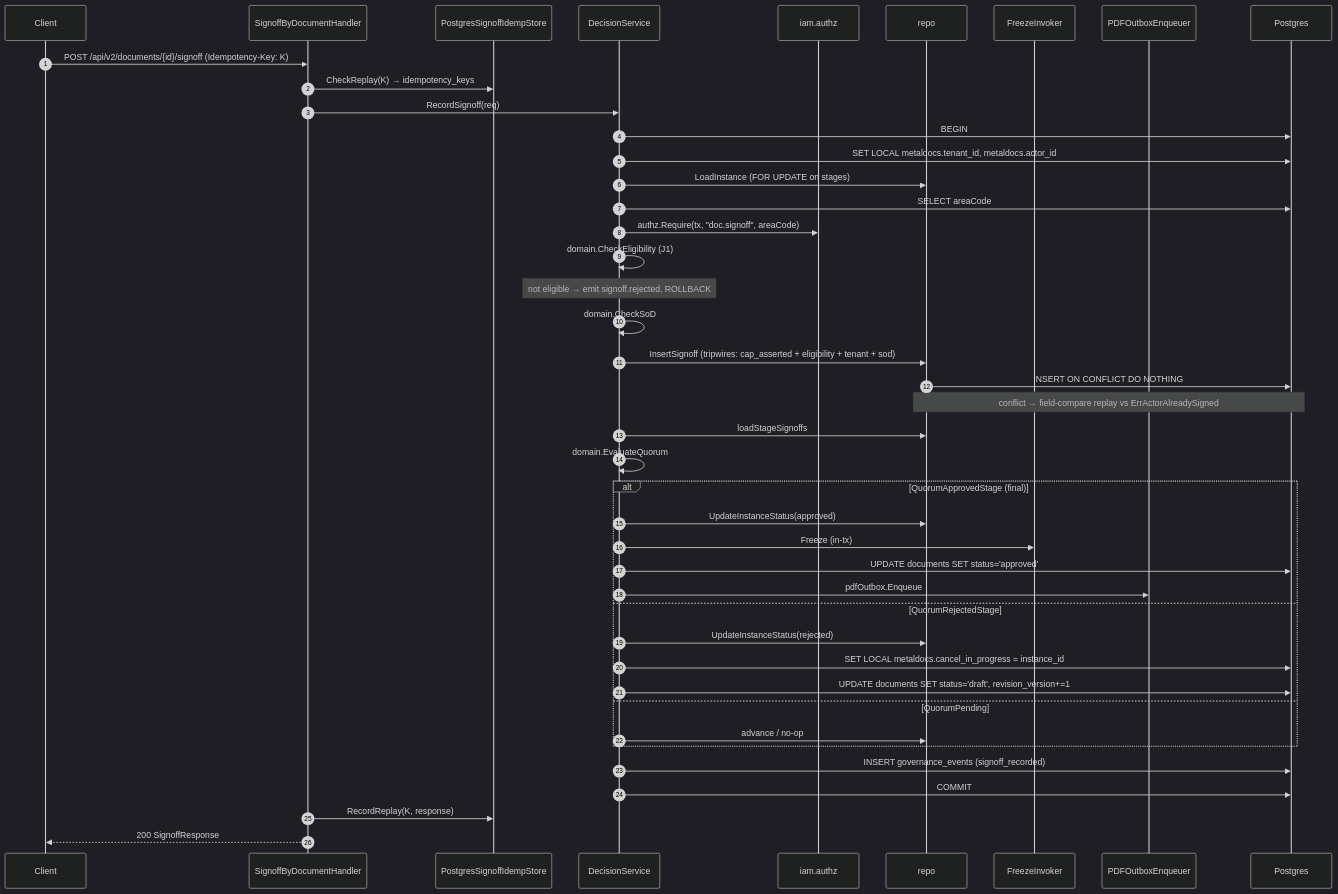
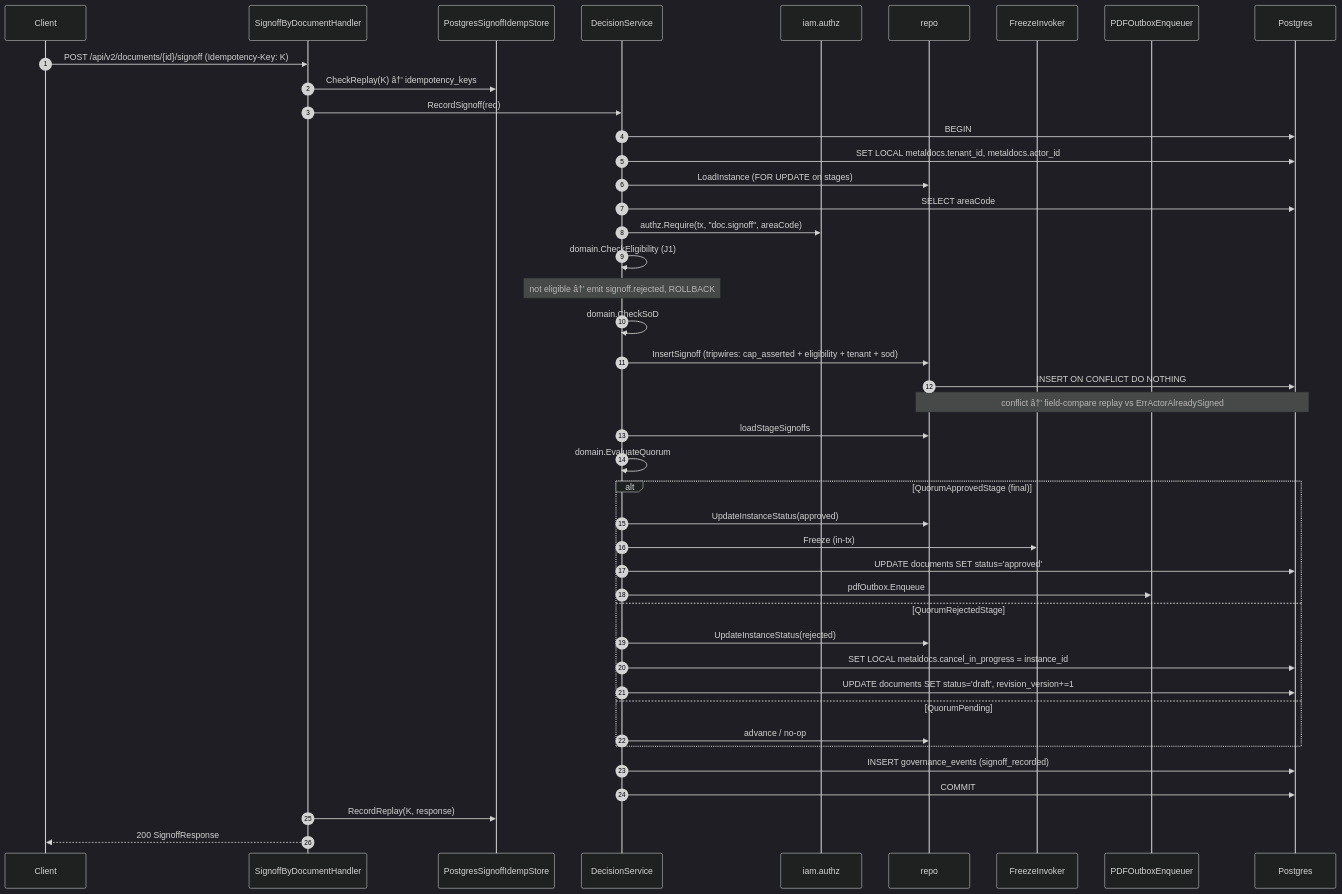
Before and after one commit to developmentconexus-ops/MetalDocs: the fourth of 5 diagrams in wiki/modules/approval.md, drawn with Mermaid (dark theme). The commit also changed other lines of this file and 12 other files, not shown here.

````diff
--- a/wiki/modules/approval.md
+++ b/wiki/modules/approval.md
@@ -276,45 +276,45 @@
 ```mermaid
 sequenceDiagram
     autonumber
     participant C as Client
     participant H as SignoffByDocumentHandler
     participant I as PostgresSignoffIdempStore
     participant D as DecisionService
     participant Z as iam.authz
     participant R as repo
     participant F as FreezeInvoker
     participant O as PDFOutboxEnqueuer
     participant DB as Postgres
     C->>H: POST /api/v2/documents/{id}/signoff (Idempotency-Key: K)
-    H->>I: CheckReplay(K) → idempotency_keys
+    H->>I: CheckReplay(K) â†’ idempotency_keys
     H->>D: RecordSignoff(req)
     D->>DB: BEGIN
     D->>DB: SET LOCAL metaldocs.tenant_id, metaldocs.actor_id
     D->>R: LoadInstance (FOR UPDATE on stages)
     D->>DB: SELECT areaCode
     D->>Z: authz.Require(tx, "doc.signoff", areaCode)
     D->>D: domain.CheckEligibility (J1)
-    Note over D: not eligible → emit signoff.rejected, ROLLBACK
+    Note over D: not eligible â†’ emit signoff.rejected, ROLLBACK
     D->>D: domain.CheckSoD
     D->>R: InsertSignoff (tripwires: cap_asserted + eligibility + tenant + sod)
     R->>DB: INSERT ON CONFLICT DO NOTHING
-    Note over R,DB: conflict → field-compare replay vs ErrActorAlreadySigned
+    Note over R,DB: conflict â†’ field-compare replay vs ErrActorAlreadySigned
     D->>R: loadStageSignoffs
     D->>D: domain.EvaluateQuorum
     alt QuorumApprovedStage (final)
         D->>R: UpdateInstanceStatus(approved)
         D->>F: Freeze (in-tx)
         D->>DB: UPDATE documents SET status='approved'
         D->>O: pdfOutbox.Enqueue
     else QuorumRejectedStage
         D->>R: UpdateInstanceStatus(rejected)
         D->>DB: SET LOCAL metaldocs.cancel_in_progress = instance_id
         D->>DB: UPDATE documents SET status='draft', revision_version+=1
     else QuorumPending
         D->>R: advance / no-op
     end
     D->>DB: INSERT governance_events (signoff_recorded)
     D->>DB: COMMIT
     H->>I: RecordReplay(K, response)
     H-->>C: 200 SignoffResponse
 ```
````
